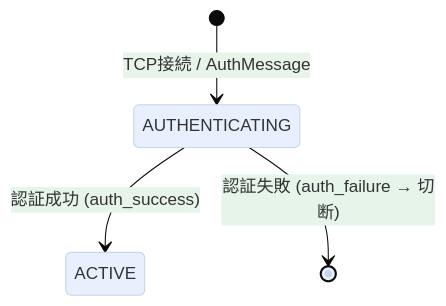
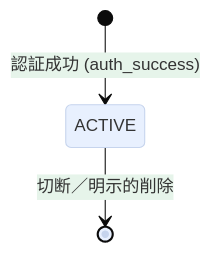
One commit to ibukani/iris-mind changed the second of 3 diagrams in docs/ipc-spec.md. Above: the diagram before and after it, drawn with Mermaid. The commit also changed other lines of this file and 9 other files, not shown here.

````diff
--- a/docs/ipc-spec.md
+++ b/docs/ipc-spec.md
@@ -97,13 +99,12 @@
 ```mermaid
 ---
 config:
   theme: base
   themeVariables:
     primaryColor: "#e8f0fe"
     secondaryColor: "#e6f4ea"
 ---
 stateDiagram-v2
-    [*] --> AUTHENTICATING : TCP接続 / AuthMessage
-    AUTHENTICATING --> ACTIVE : 認証成功 (auth_success)
-    AUTHENTICATING --> [*] : 認証失敗 (auth_failure → 切断)
+    [*] --> ACTIVE : 認証成功 (auth_success)
+    ACTIVE --> [*] : 切断／明示的削除
 ```
````
